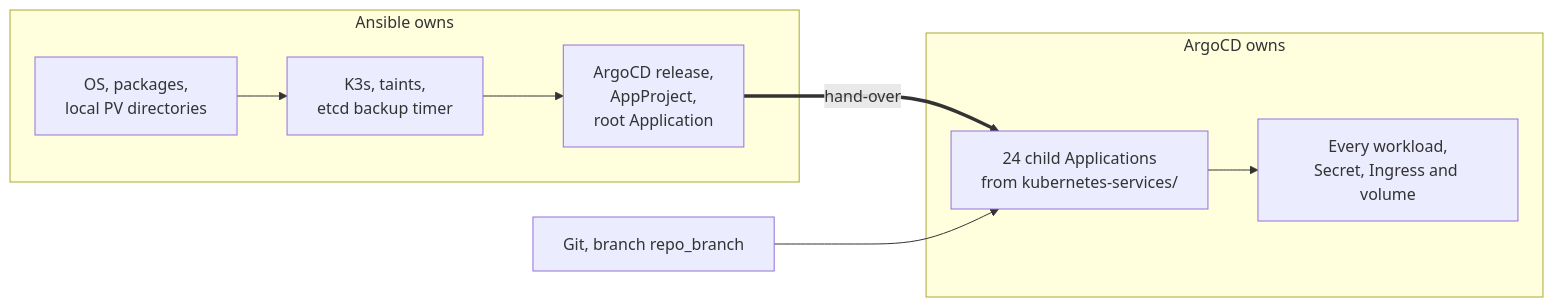
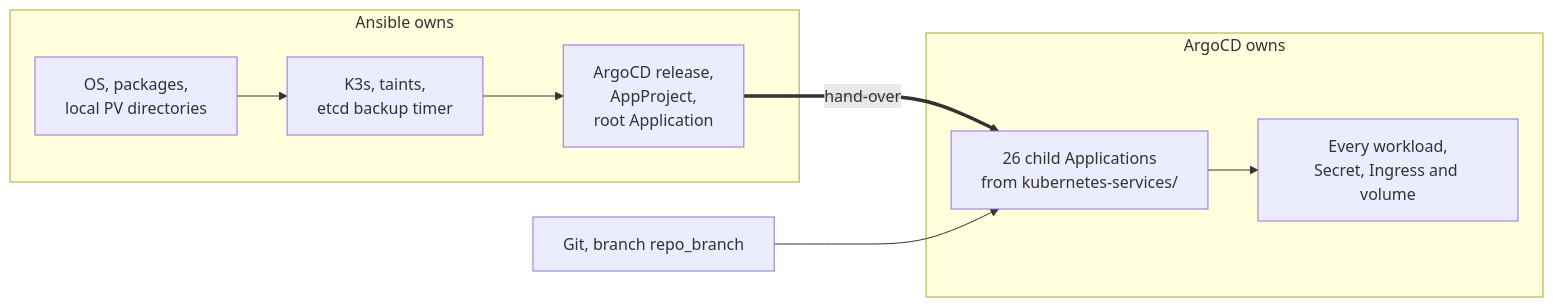
One commit to gilesknap/tpi-k3s-ansible changed the third of 3 diagrams in docs/explanations/architecture/provisioning.md. Above: the diagram before and after it, drawn with Mermaid. The commit also changed other lines of this file and 38 other files, not shown here.

````diff
--- a/docs/explanations/architecture/provisioning.md
+++ b/docs/explanations/architecture/provisioning.md
@@ -181,16 +188,16 @@
 ```mermaid
 flowchart LR
     subgraph ANSIBLE["Ansible owns"]
         A1["OS, packages,<br/>local PV directories"]
         A2["K3s, taints,<br/>etcd backup timer"]
         A3["ArgoCD release,<br/>AppProject,<br/>root Application"]
         A1 --> A2 --> A3
     end
     subgraph ARGO["ArgoCD owns"]
-        G1["24 child Applications<br/>from kubernetes-services/"]
+        G1["26 child Applications<br/>from kubernetes-services/"]
         G2["Every workload,<br/>Secret, Ingress and volume"]
         G1 --> G2
     end
     A3 ==>|"hand-over"| G1
     GIT["Git, branch repo_branch"] --> G1
 ```
````
